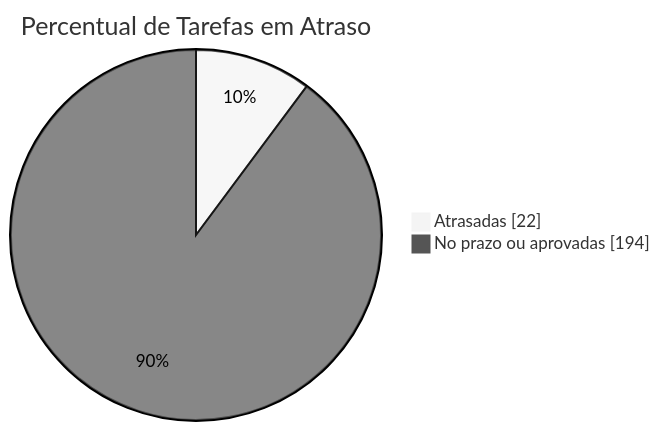
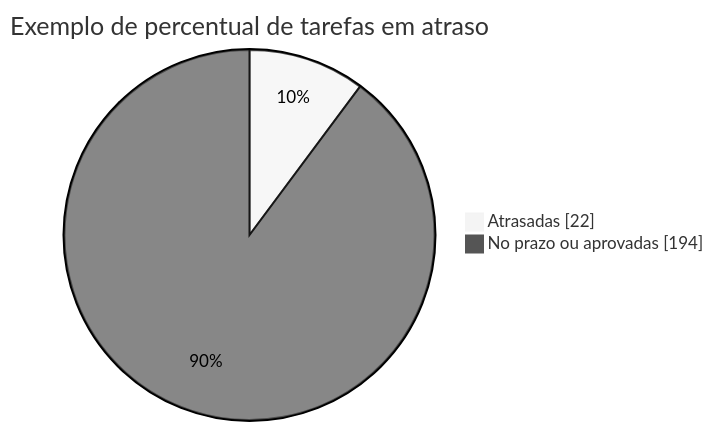
One commit to Ennzzo/acadus changed the fourth of 6 diagrams in docs/performance-indicators.md. Above: the diagram before and after it, drawn with Mermaid (neutral theme). The commit also changed other lines of this file and 16 other files, not shown here.

````diff
--- a/docs/performance-indicators.md
+++ b/docs/performance-indicators.md
@@ -95,6 +138,6 @@
 ```mermaid
 pie showData
-    title Percentual de Tarefas em Atraso
+    title Exemplo de percentual de tarefas em atraso
     "Atrasadas" : 22
     "No prazo ou aprovadas" : 194
 ```
````
